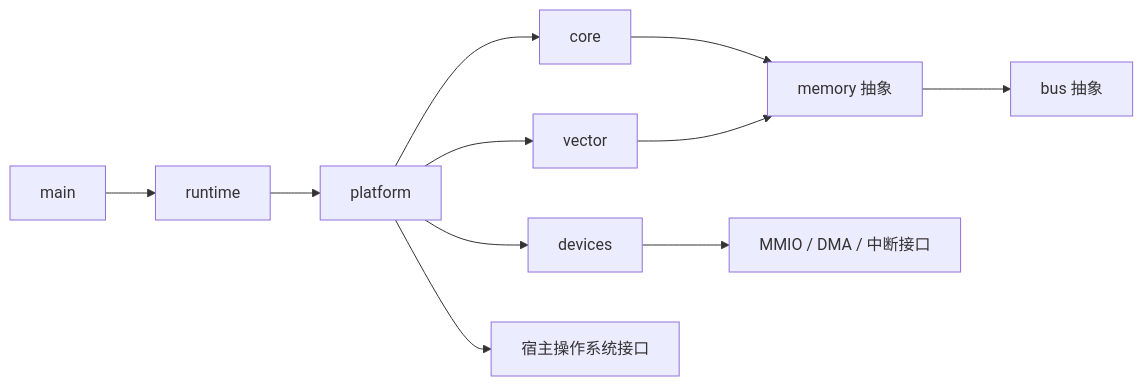
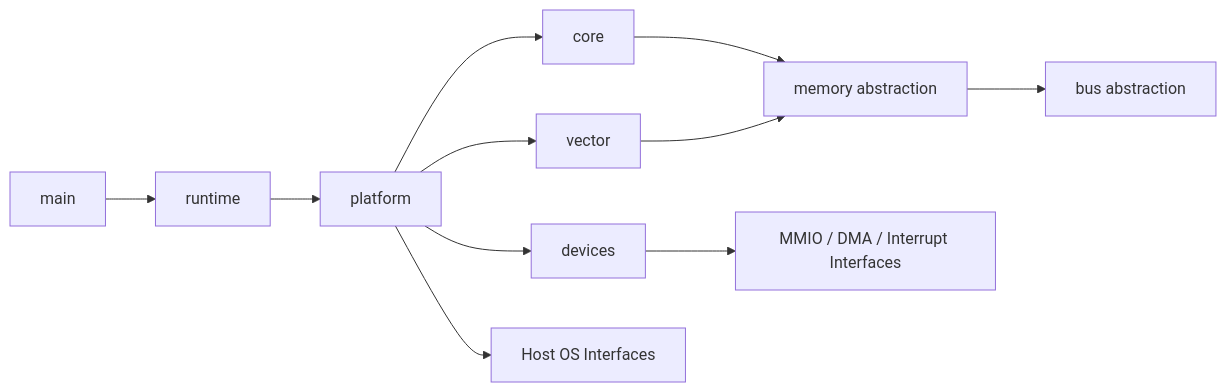
The second of 2 diagrams in specs/project-tree.md (billzi2016/homemade-risc-v-64-vector-linux-emulator), drawn with Mermaid before and after one commit. The commit also changed other lines of this file and 44 other files, not shown here.

````diff
--- a/specs/project-tree.md
+++ b/specs/project-tree.md
@@ -166,13 +166,13 @@
 ```mermaid
 flowchart LR
     Main[main] --> Runtime[runtime]
     Runtime --> Platform[platform]
     Platform --> Core[core]
     Platform --> Vector[vector]
     Platform --> Devices[devices]
-    Core --> Memory[memory 抽象]
+    Core --> Memory[memory abstraction]
     Vector --> Memory
-    Memory --> Bus[bus 抽象]
-    Devices --> DeviceApi[MMIO / DMA / 中断接口]
-    Platform --> Host[宿主操作系统接口]
+    Memory --> Bus[bus abstraction]
+    Devices --> DeviceApi[MMIO / DMA / Interrupt Interfaces]
+    Platform --> Host[Host OS Interfaces]
 ```
````
